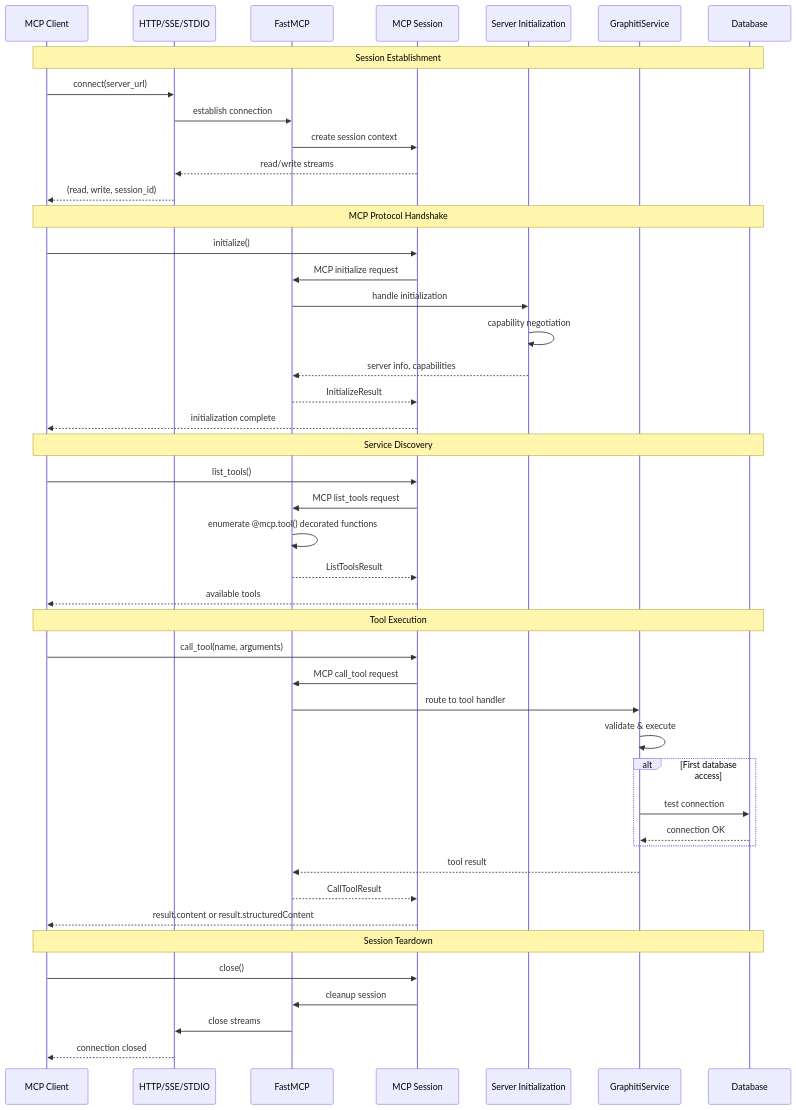
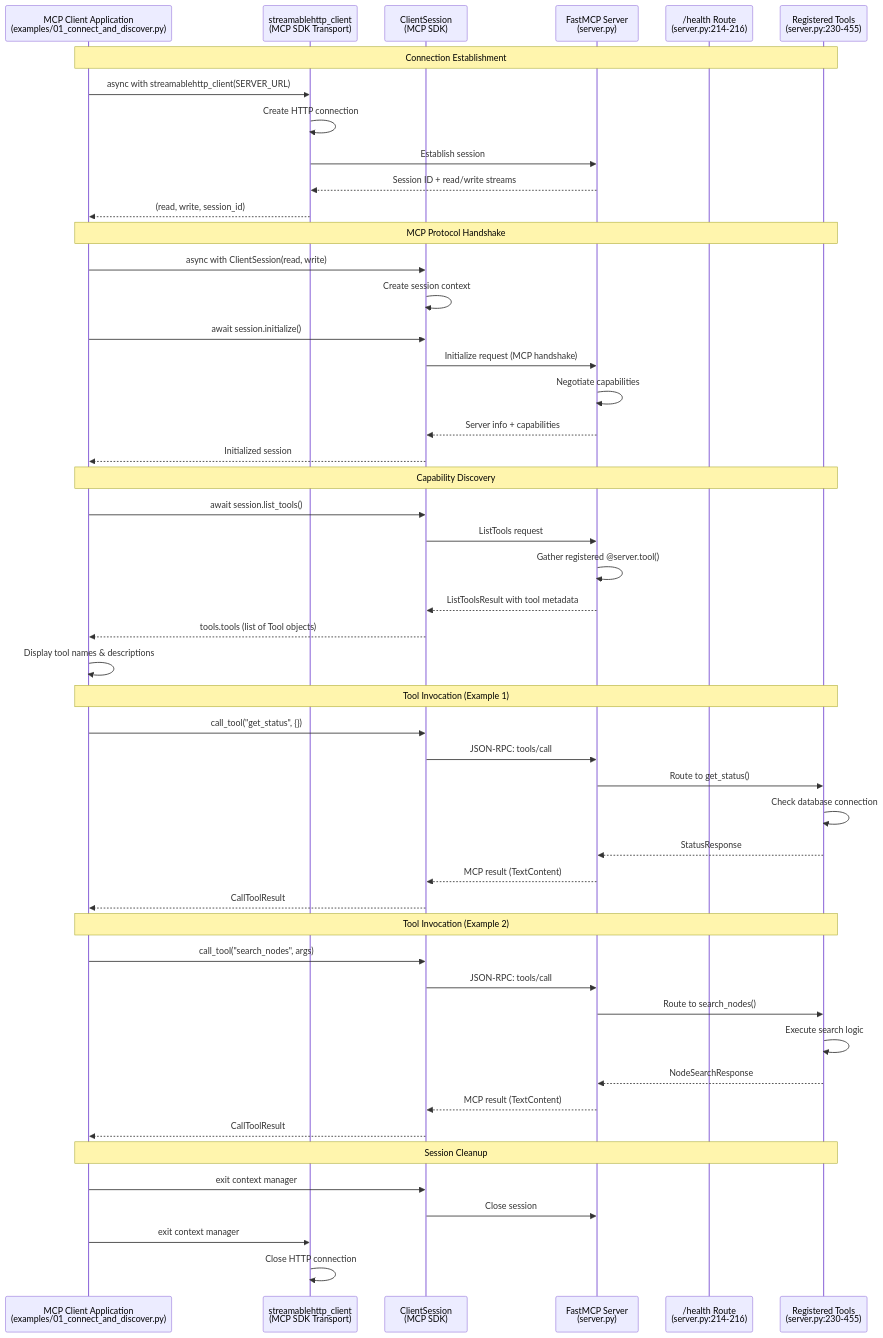
Before and after one commit to donbr/graphiti-fastmcp: the second of 7 diagrams in architecture/docs/03_data_flows.md, drawn with Mermaid. The commit also changed other lines of this file and 43 other files, not shown here.

````diff
--- a/architecture/docs/03_data_flows.md
+++ b/architecture/docs/03_data_flows.md
@@ -122,54 +142,57 @@
 ```mermaid
 sequenceDiagram
-    participant Client as MCP Client
-    participant Transport as HTTP/SSE/STDIO
-    participant FastMCP
-    participant Session as MCP Session
-    participant InitHandler as Server Initialization
-    participant GraphitiService
-    participant Database
+    participant Client as MCP Client Application<br/>(examples/01_connect_and_discover.py)
+    participant StreamHTTP as streamablehttp_client<br/>(MCP SDK Transport)
+    participant Session as ClientSession<br/>(MCP SDK)
+    participant FastMCP as FastMCP Server<br/>(server.py)
+    participant Health as /health Route<br/>(server.py:214-216)
+    participant Tools as Registered Tools<br/>(server.py:230-455)
 
-    Note over Client,Database: Session Establishment
-    Client->>Transport: connect(server_url)
-    Transport->>FastMCP: establish connection
-    FastMCP->>Session: create session context
-    Session-->>Transport: read/write streams
-    Transport-->>Client: (read, write, session_id)
+    Note over Client,Tools: Connection Establishment
+    Client->>StreamHTTP: async with streamablehttp_client(SERVER_URL)
+    StreamHTTP->>StreamHTTP: Create HTTP connection
+    StreamHTTP->>FastMCP: Establish session
+    FastMCP-->>StreamHTTP: Session ID + read/write streams
+    StreamHTTP-->>Client: (read, write, session_id)
 
-    Note over Client,Database: MCP Protocol Handshake
-    Client->>Session: initialize()
-    Session->>FastMCP: MCP initialize request
-    FastMCP->>InitHandler: handle initialization
-    InitHandler->>InitHandler: capability negotiation
-    InitHandler-->>FastMCP: server info, capabilities
-    FastMCP-->>Session: InitializeResult
-    Session-->>Client: initialization complete
+    Note over Client,Tools: MCP Protocol Handshake
+    Client->>Session: async with ClientSession(read, write)
+    Session->>Session: Create session context
+    Client->>Session: await session.initialize()
+    Session->>FastMCP: Initialize request (MCP handshake)
+    FastMCP->>FastMCP: Negotiate capabilities
+    FastMCP-->>Session: Server info + capabilities
+    Session-->>Client: Initialized session
 
-    Note over Client,Database: Service Discovery
-    Client->>Session: list_tools()
-    Session->>FastMCP: MCP list_tools request
-    FastMCP->>FastMCP: enumerate @mcp.tool() decorated functions
-    FastMCP-->>Session: ListToolsResult
-    Session-->>Client: available tools
+    Note over Client,Tools: Capability Discovery
+    Client->>Session: await session.list_tools()
+    Session->>FastMCP: ListTools request
+    FastMCP->>FastMCP: Gather registered @server.tool()
+    FastMCP-->>Session: ListToolsResult with tool metadata
+    Session-->>Client: tools.tools (list of Tool objects)
+    Client->>Client: Display tool names & descriptions
 
-    Note over Client,Database: Tool Execution
-    Client->>Session: call_tool(name, arguments)
-    Session->>FastMCP: MCP call_tool request
-    FastMCP->>GraphitiService: route to tool handler
-    GraphitiService->>GraphitiService: validate & execute
+    Note over Client,Tools: Tool Invocation (Example 1)
+    Client->>Session: call_tool("get_status", {})
+    Session->>FastMCP: JSON-RPC: tools/call
+    FastMCP->>Tools: Route to get_status()
+    Tools->>Tools: Check database connection
+    Tools-->>FastMCP: StatusResponse
+    FastMCP-->>Session: MCP result (TextContent)
+    Session-->>Client: CallToolResult
 
-    alt First database access
-        GraphitiService->>Database: test connection
-        Database-->>GraphitiService: connection OK
-    end
+    Note over Client,Tools: Tool Invocation (Example 2)
+    Client->>Session: call_tool("search_nodes", args)
+    Session->>FastMCP: JSON-RPC: tools/call
+    FastMCP->>Tools: Route to search_nodes()
+    Tools->>Tools: Execute search logic
+    Tools-->>FastMCP: NodeSearchResponse
+    FastMCP-->>Session: MCP result (TextContent)
+    Session-->>Client: CallToolResult
 
-    GraphitiService-->>FastMCP: tool result
-    FastMCP-->>Session: CallToolResult
-    Session-->>Client: result.content or result.structuredContent
-
-    Note over Client,Database: Session Teardown
-    Client->>Session: close()
-    Session->>FastMCP: cleanup session
-    FastMCP->>Transport: close streams
-    Transport-->>Client: connection closed
+    Note over Client,Tools: Session Cleanup
+    Client->>Session: exit context manager
+    Session->>FastMCP: Close session
+    Client->>StreamHTTP: exit context manager
+    StreamHTTP->>StreamHTTP: Close HTTP connection
 ```
````
